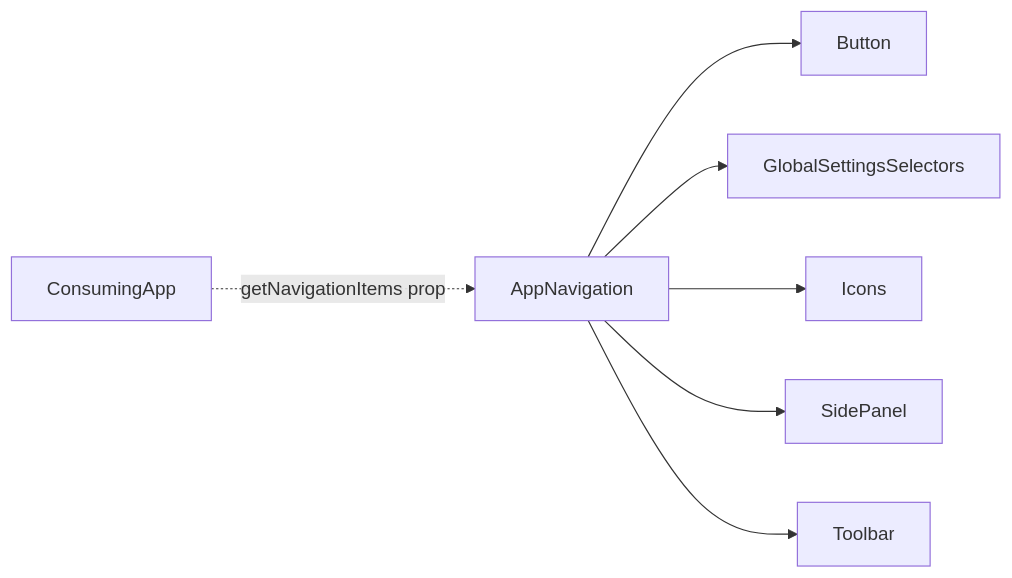
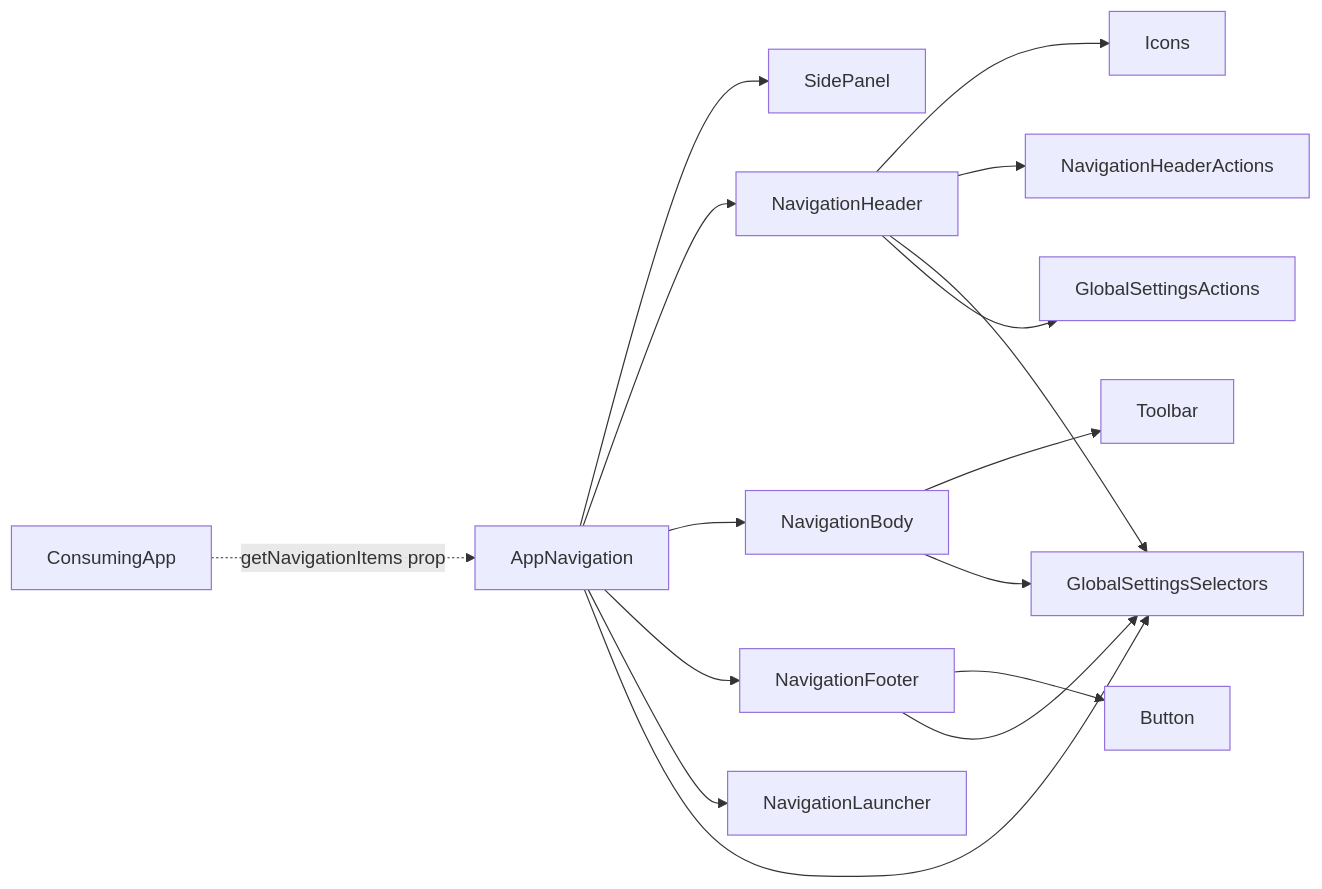
The first of 2 diagrams in packages/ui/src/components/AppNavigation/ARCHITECTURE.md (luciocabrera/lcabrera-stack), drawn with Mermaid before and after one commit. The commit also changed other lines of this file and 13 other files, not shown here.

Commit message:
feat(AppNavigation): refactor navigation components into modular structure with header, body, and footer

````diff
--- a/packages/ui/src/components/AppNavigation/ARCHITECTURE.md
+++ b/packages/ui/src/components/AppNavigation/ARCHITECTURE.md
@@ -20,9 +40,22 @@
 ```mermaid
 graph LR
-  AppNavigation --> Button
+  AppNavigation --> SidePanel
+  AppNavigation --> NavHeader["NavigationHeader"]
+  AppNavigation --> NavBody["NavigationBody"]
+  AppNavigation --> NavFooter["NavigationFooter"]
+  AppNavigation --> NavLauncher["NavigationLauncher"]
   AppNavigation --> GlobalSettingsSelectors
-  AppNavigation --> Icons
-  AppNavigation --> SidePanel
-  AppNavigation --> Toolbar
+
+  NavHeader --> Icons
+  NavHeader --> NavHeaderActions["NavigationHeaderActions"]
+  NavHeader --> GlobalSettingsSelectors
+  NavHeader --> GlobalSettingsActions
+
+  NavBody --> Toolbar
+  NavBody --> GlobalSettingsSelectors
+
+  NavFooter --> Button
+  NavFooter --> GlobalSettingsSelectors
+
   ConsumingApp -. "getNavigationItems prop" .-> AppNavigation
 ```
````
